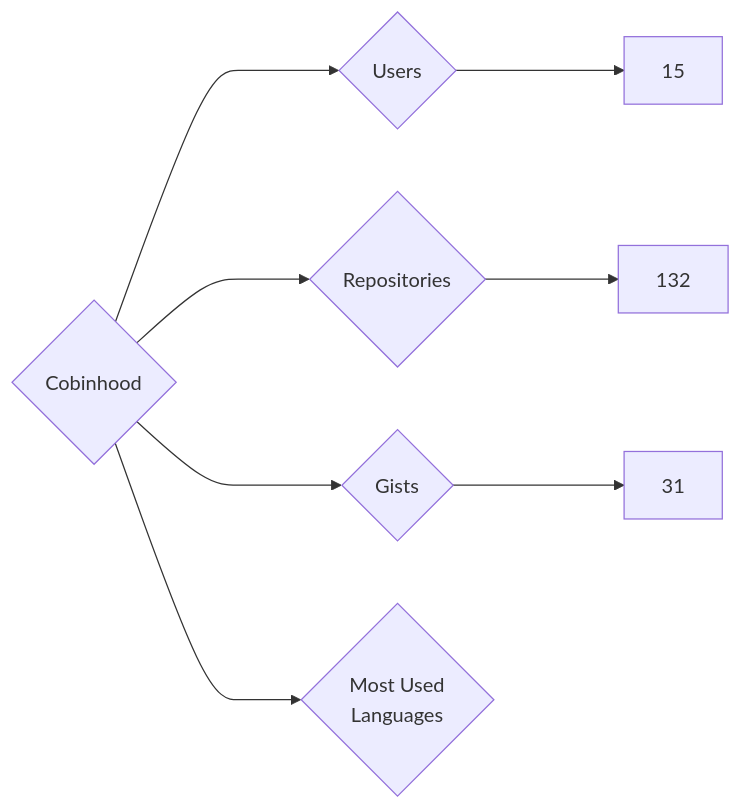
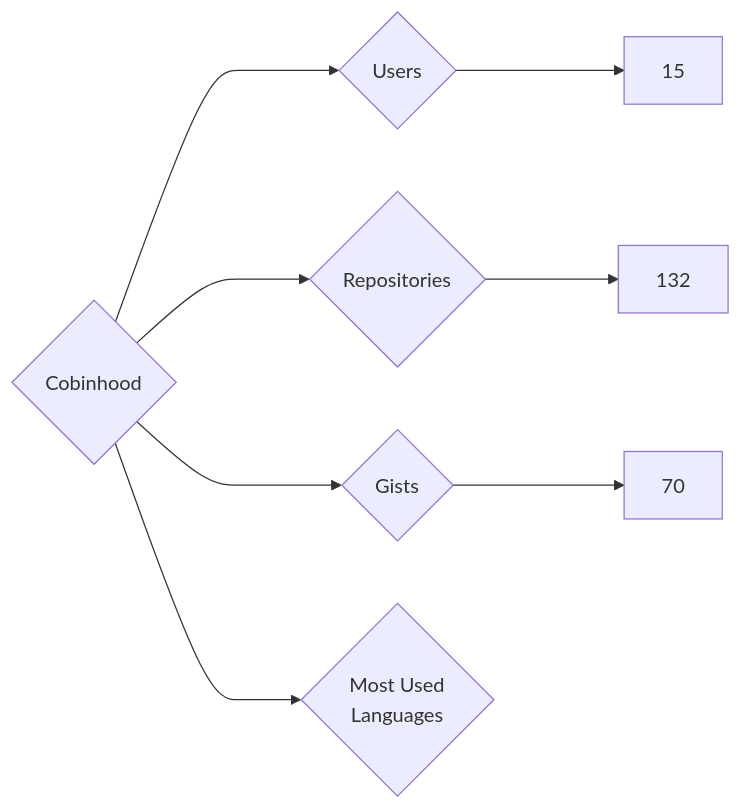
One commit to nenadzaric/insiders changed the diagram in targets/Cobinhood/README.md. Above: the diagram before and after it, drawn with Mermaid. The commit also changed 1342 other files, not shown here.

````diff
--- a/targets/Cobinhood/README.md
+++ b/targets/Cobinhood/README.md
@@ -3,8 +3,8 @@
 ```mermaid
 graph LR
 COMPANY_NAME{Cobinhood}
 COMPANY_NAME ---> U{Users} ---> UN[15]
 COMPANY_NAME ---> R{Repositories} ---> RN[132]
-COMPANY_NAME ---> G{Gists} ---> GN[31]
+COMPANY_NAME ---> G{Gists} ---> GN[70]
 COMPANY_NAME ---> ML{Most Used<br>Languages}
 ```
````
